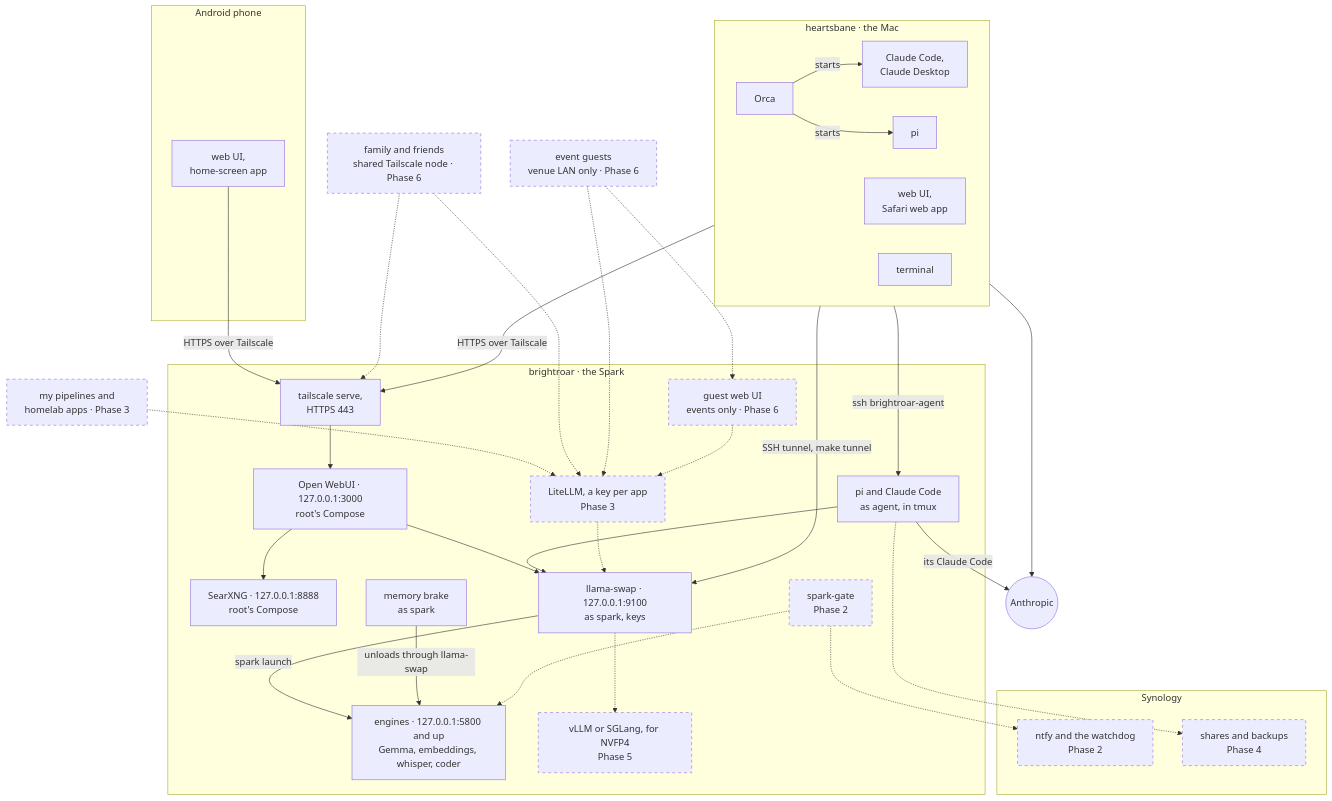
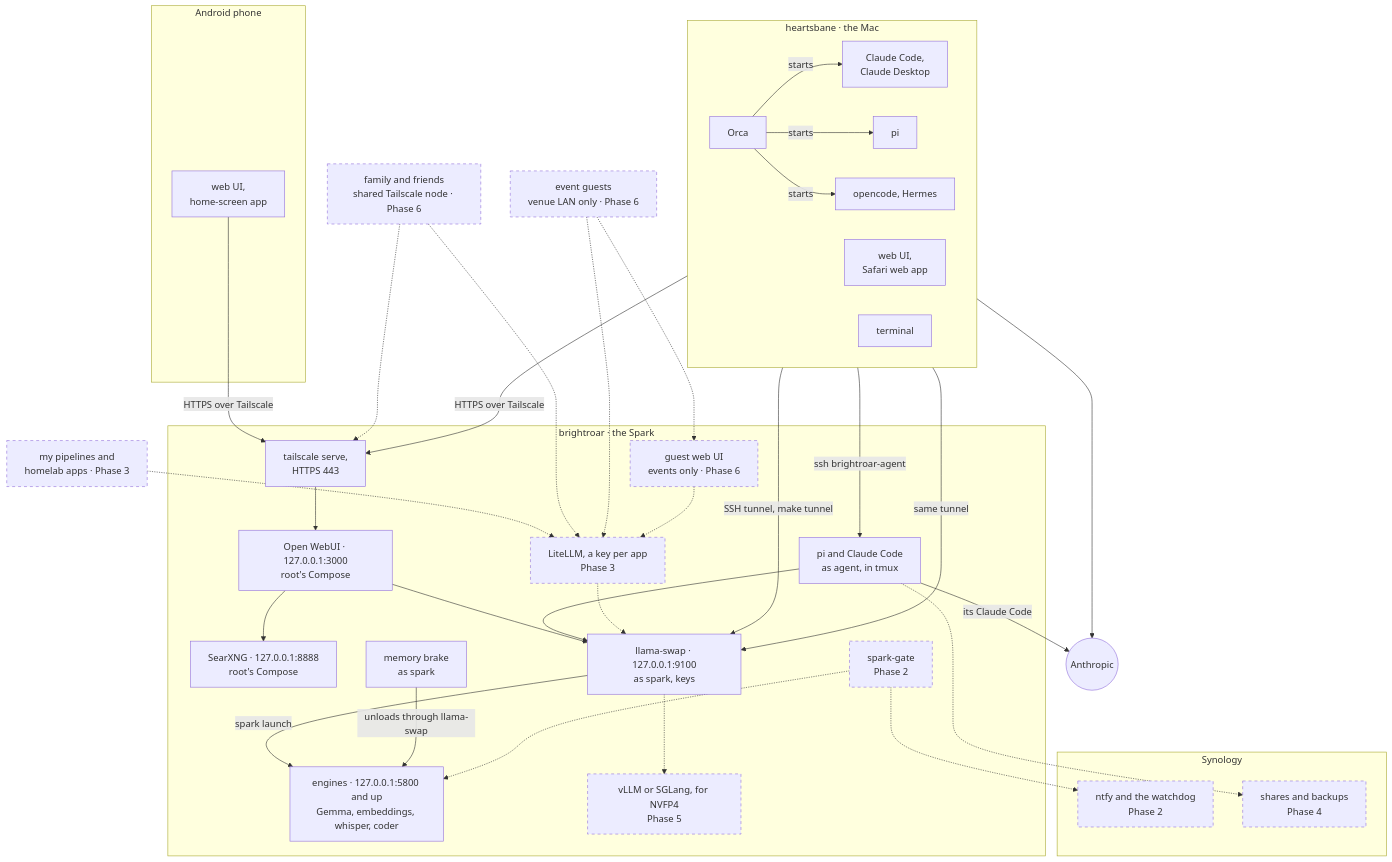
One commit to chendaniely/local-ai changed the first of 4 diagrams in website/architecture.qmd. Above: the diagram before and after it, drawn with Mermaid. The commit also changed other lines of this file and 2 other files, not shown here.

First line of the commit message:
docs(clients): 🤖 opencode and Hermes on the Mac: the page, pi's note, and both on the architecture diagrams

````diff
--- a/website/architecture.qmd
+++ b/website/architecture.qmd
@@ -17,67 +17,70 @@
 ```{mermaid}
 flowchart TB
   classDef planned stroke-dasharray: 5 5
 
   subgraph mac["heartsbane · the Mac"]
     direction LR
     orca["Orca"]
     claude_mac["Claude Code,<br/>Claude Desktop"]
     pi_mac["pi"]
+    oc_mac["opencode, Hermes"]
     webapp["web UI,<br/>Safari web app"]
     term["terminal"]
   end
 
   subgraph phone["Android phone"]
     pwa["web UI,<br/>home-screen app"]
   end
 
   anthropic(("Anthropic"))
   apps["my pipelines and<br/>homelab apps · Phase 3"]:::planned
   family["family and friends<br/>shared Tailscale node · Phase 6"]:::planned
   guests["event guests<br/>venue LAN only · Phase 6"]:::planned
 
   subgraph spark["brightroar · the Spark"]
     tss["tailscale serve,<br/>HTTPS 443"]
     guestui["guest web UI<br/>events only · Phase 6"]:::planned
     owui["Open WebUI · 127.0.0.1:3000<br/>root's Compose"]
     searx["SearXNG · 127.0.0.1:8888<br/>root's Compose"]
     agent_tmux["pi and Claude Code<br/>as agent, in tmux"]
     litellm["LiteLLM, a key per app<br/>Phase 3"]:::planned
     swap["llama-swap · 127.0.0.1:9100<br/>as spark, keys"]
     gate["spark-gate<br/>Phase 2"]:::planned
     brake["memory brake<br/>as spark"]
     engines["engines · 127.0.0.1:5800 and up<br/>Gemma, embeddings, whisper, coder"]
     vllm["vLLM or SGLang, for NVFP4<br/>Phase 5"]:::planned
   end
 
   subgraph nas["Synology"]
     ntfy["ntfy and the watchdog<br/>Phase 2"]:::planned
     shares["shares and backups<br/>Phase 4"]:::planned
   end
 
   orca -- starts --> claude_mac
   orca -- starts --> pi_mac
+  orca -- starts --> oc_mac
   claude_mac --> anthropic
   webapp -- "HTTPS over Tailscale" --> tss
   pwa -- "HTTPS over Tailscale" --> tss
   pi_mac -- "SSH tunnel, make tunnel" --> swap
+  oc_mac -- "same tunnel" --> swap
   term -- "ssh brightroar-agent" --> agent_tmux
   tss --> owui
   owui --> searx
   owui --> swap
   agent_tmux --> swap
   agent_tmux -- "its Claude Code" --> anthropic
   apps -.-> litellm
   family -.-> tss
   family -.-> litellm
   guests -.-> guestui
   guests -.-> litellm
   guestui -.-> litellm
   litellm -.-> swap
   swap -- "spark launch" --> engines
   swap -.-> vllm
   brake -- "unloads through llama-swap" --> engines
   gate -.-> engines
   gate -.-> ntfy
   agent_tmux -.-> shares
 ```
````
